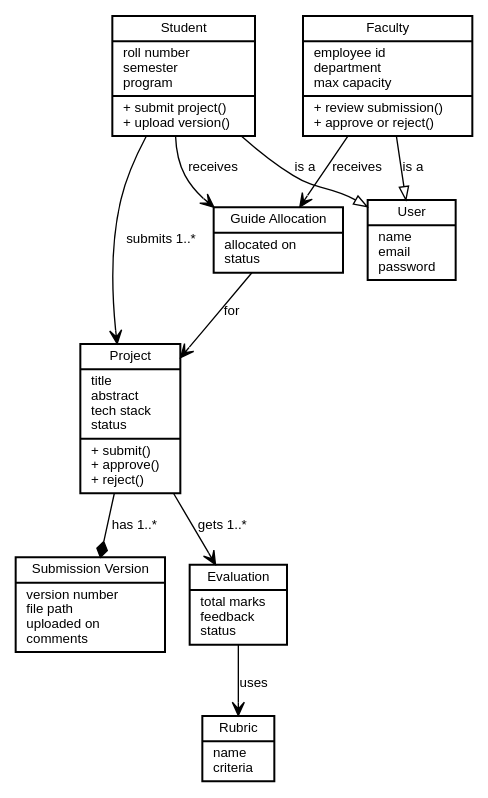
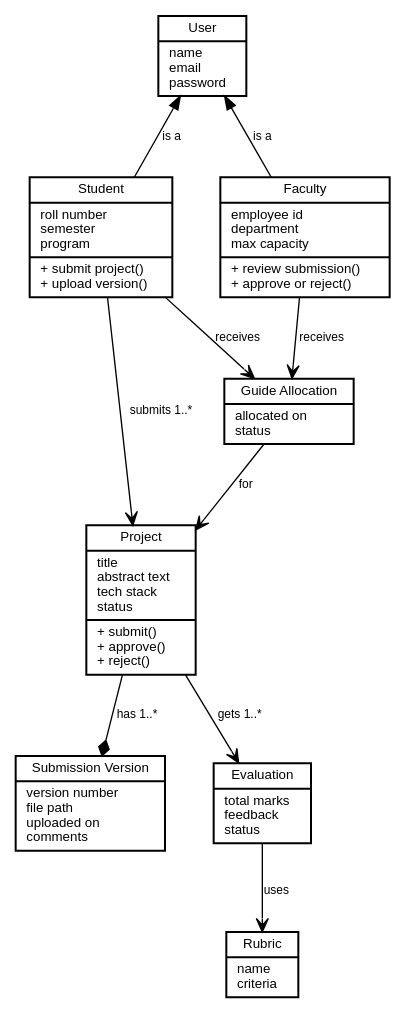
Before and after one commit to akshita777/iips-ug-pg-project-repository-system: the diagram in docs/diagrams/07-class.dot, drawn with Graphviz. The commit also changed 60 other files, not shown here.

First line of the commit message:
Switch diagrams to PNG and fix layouts that were hard to read

```diff
--- a/docs/diagrams/07-class.dot
+++ b/docs/diagrams/07-class.dot
@@ -1,29 +1,38 @@
 digraph class_diagram {
   rankdir=TB;
   bgcolor="white";
   fontname="Helvetica";
+  nodesep=0.5;
+  ranksep=0.7;
 
   node [fontname="Helvetica", fontsize=10, shape=record, style="filled",
         fillcolor="white", color="black", penwidth=1.5];
+  edge [fontname="Helvetica", fontsize=9, color="black"];
 
   user [label="{User|name\l email\l password\l}"];
+
   student [label="{Student|roll number\l semester\l program\l|+ submit project()\l+ upload version()\l}"];
   faculty [label="{Faculty|employee id\l department\l max capacity\l|+ review submission()\l+ approve or reject()\l}"];
-  project [label="{Project|title\l abstract\l tech stack\l status\l|+ submit()\l+ approve()\l+ reject()\l}"];
+
+  project [label="{Project|title\l abstract text\l tech stack\l status\l|+ submit()\l+ approve()\l+ reject()\l}"];
   version [label="{Submission Version|version number\l file path\l uploaded on\l comments\l}"];
   allocation [label="{Guide Allocation|allocated on\l status\l}"];
   evaluation [label="{Evaluation|total marks\l feedback\l status\l}"];
   rubric [label="{Rubric|name\l criteria\l}"];
 
-  edge [fontname="Helvetica", fontsize=10, color="black"];
+  { rank=same; student; faculty; }
+  { rank=same; version; evaluation; }
 
-  student -> user [arrowhead="empty", label="is a"];
-  faculty -> user [arrowhead="empty", label="is a"];
+  user -> student [dir=back, arrowhead="empty", label="is a"];
+  user -> faculty [dir=back, arrowhead="empty", label="is a"];
+
   student -> project [arrowhead="vee", label="submits 1..*"];
   project -> version [arrowhead="diamond", label="has 1..*"];
+
   student -> allocation [arrowhead="vee", label="receives"];
   faculty -> allocation [arrowhead="vee", label="receives"];
   allocation -> project [arrowhead="vee", label="for"];
+
   project -> evaluation [arrowhead="vee", label="gets 1..*"];
   evaluation -> rubric [arrowhead="vee", label="uses"];
 }
```
